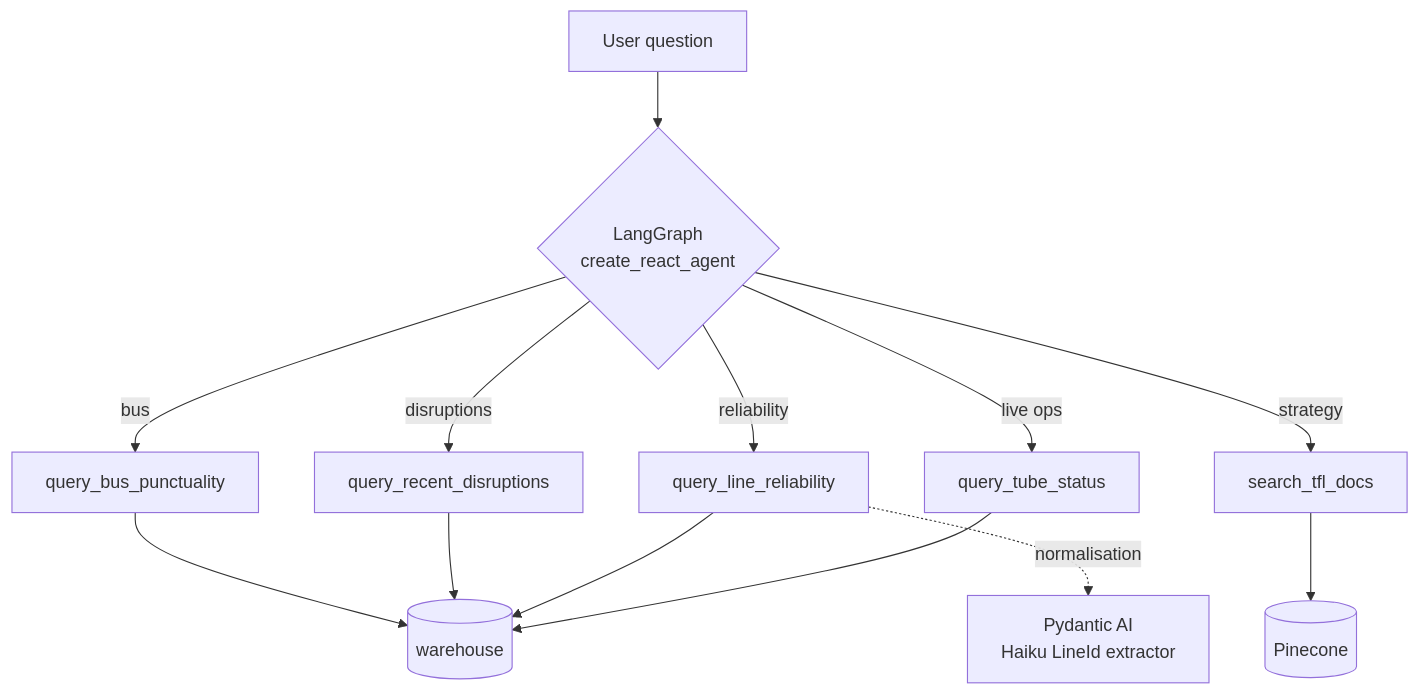
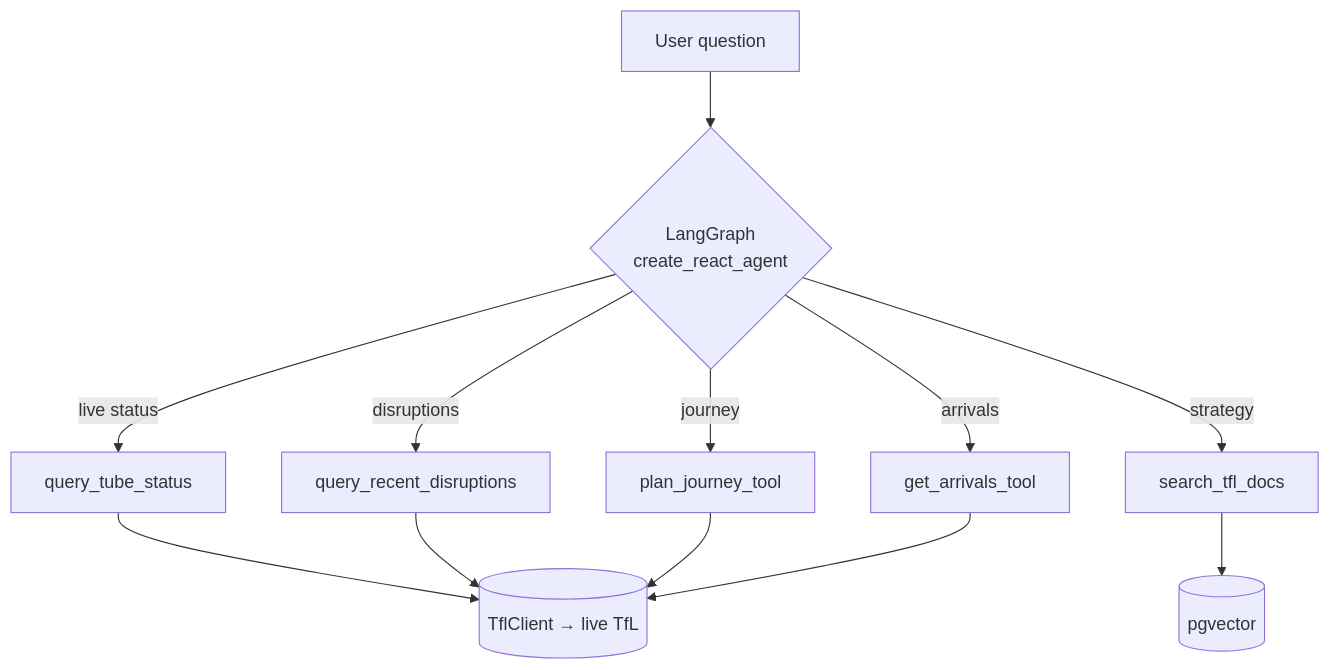
Before and after one commit to hcslomeu/tfl-monitor: the second of 4 diagrams in docs/architecture.md, drawn with Mermaid. The commit also changed other lines of this file and 15 other files, not shown here.

First line of the commit message:
docs: sync mkdocs site with live-proxy architecture (TM-35) (#131)

````diff
--- a/docs/architecture.md
+++ b/docs/architecture.md
@@ -136,17 +96,15 @@
 ```mermaid
 graph TD
     Q[User question] --> ROUTER{LangGraph<br/>create_react_agent}
-    ROUTER -->|live ops| T1[query_tube_status]
-    ROUTER -->|reliability| T2[query_line_reliability]
-    ROUTER -->|disruptions| T3[query_recent_disruptions]
-    ROUTER -->|bus| T4[query_bus_punctuality]
+    ROUTER -->|live status| T1[query_tube_status]
+    ROUTER -->|disruptions| T2[query_recent_disruptions]
+    ROUTER -->|journey| T3[plan_journey_tool]
+    ROUTER -->|arrivals| T4[get_arrivals_tool]
     ROUTER -->|strategy| T5[search_tfl_docs]
 
-    T1 --> WH[(warehouse)]
-    T2 --> WH
-    T3 --> WH
-    T4 --> WH
-    T5 --> PC[(Pinecone)]
-
-    T2 -.normalisation.-> PA[Pydantic AI<br/>Haiku LineId extractor]
+    T1 --> CLIENT[(TflClient → live TfL)]
+    T2 --> CLIENT
+    T3 --> CLIENT
+    T4 --> CLIENT
+    T5 --> VEC[(pgvector)]
 ```
````
